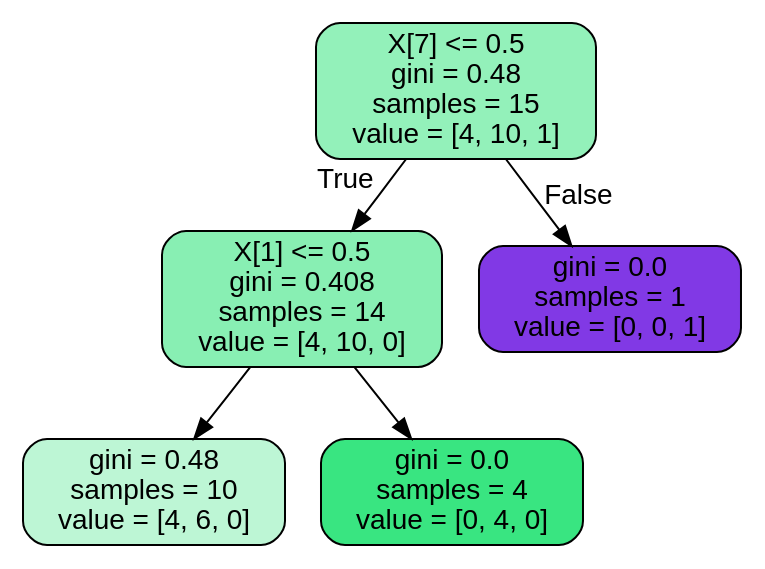
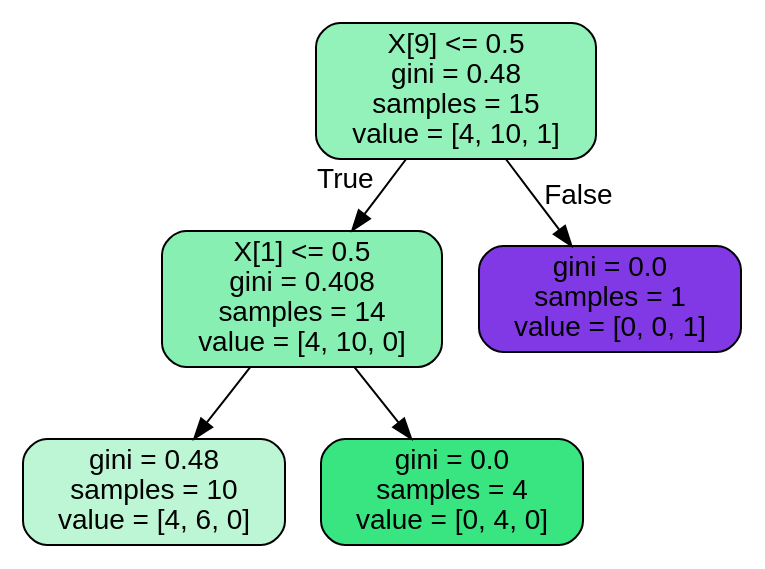
Before and after one commit to CompPhysics/MLErasmus: the diagram in doc/pub/day11/ipynb/Datafiles/ride.dot, drawn with Graphviz. The commit also changed 3 other files, not shown here.

```diff
--- a/doc/pub/day11/ipynb/Datafiles/ride.dot
+++ b/doc/pub/day11/ipynb/Datafiles/ride.dot
@@ -1,13 +1,13 @@
 digraph Tree {
-node [shape=box, style="filled, rounded", color="black", fontname=helvetica] ;
-edge [fontname=helvetica] ;
-0 [label="X[7] <= 0.5\ngini = 0.48\nsamples = 15\nvalue = [4, 10, 1]", fillcolor="#39e5818b"] ;
-1 [label="X[1] <= 0.5\ngini = 0.408\nsamples = 14\nvalue = [4, 10, 0]", fillcolor="#39e58199"] ;
+node [shape=box, style="filled, rounded", color="black", fontname="helvetica"] ;
+edge [fontname="helvetica"] ;
+0 [label="X[9] <= 0.5\ngini = 0.48\nsamples = 15\nvalue = [4, 10, 1]", fillcolor="#93f1ba"] ;
+1 [label="X[1] <= 0.5\ngini = 0.408\nsamples = 14\nvalue = [4, 10, 0]", fillcolor="#88efb3"] ;
 0 -> 1 [labeldistance=2.5, labelangle=45, headlabel="True"] ;
-2 [label="gini = 0.48\nsamples = 10\nvalue = [4, 6, 0]", fillcolor="#39e58155"] ;
+2 [label="gini = 0.48\nsamples = 10\nvalue = [4, 6, 0]", fillcolor="#bdf6d5"] ;
 1 -> 2 ;
-3 [label="gini = 0.0\nsamples = 4\nvalue = [0, 4, 0]", fillcolor="#39e581ff"] ;
+3 [label="gini = 0.0\nsamples = 4\nvalue = [0, 4, 0]", fillcolor="#39e581"] ;
 1 -> 3 ;
-4 [label="gini = 0.0\nsamples = 1\nvalue = [0, 0, 1]", fillcolor="#8139e5ff"] ;
+4 [label="gini = 0.0\nsamples = 1\nvalue = [0, 0, 1]", fillcolor="#8139e5"] ;
 0 -> 4 [labeldistance=2.5, labelangle=-45, headlabel="False"] ;
 }
```
